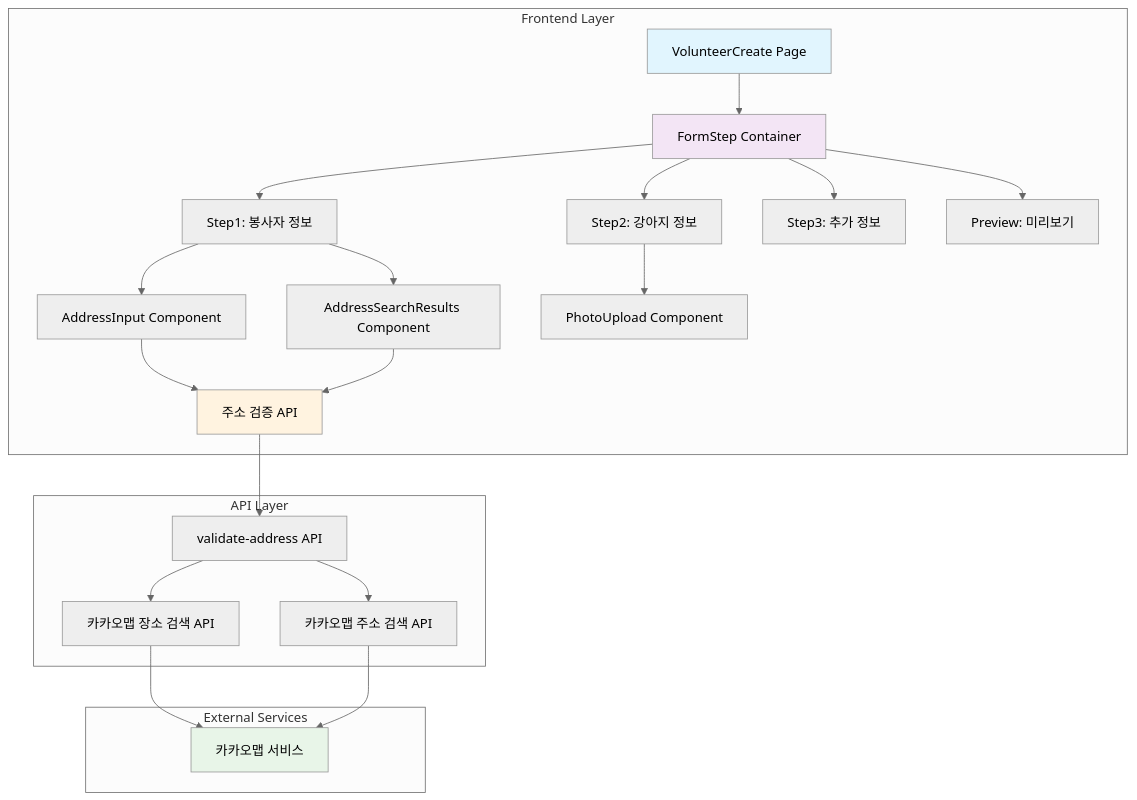
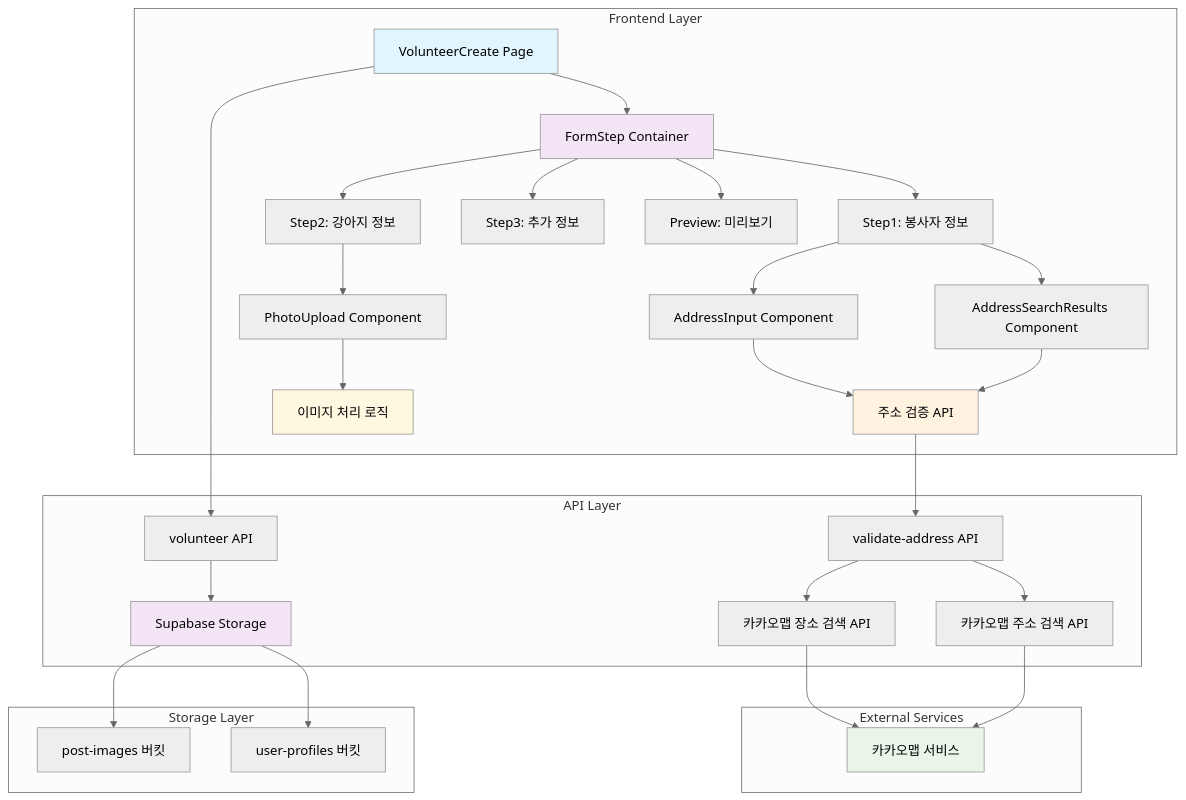
The first of 5 diagrams in docs/worklog/20250908_봉사활동_작성_기능_개발_및_주소_검색_시스템_구현.md (cheesepizza453/move_togaether), drawn with Mermaid (neutral theme) before and after one commit. The commit also changed other lines of this file and 5 other files, not shown here.

Commit message:
봉사자 등록 API 개선 및 이미지 업로드 기능 강화: 환경 변수 검증 추가, 인증 헤더 처리 개선, 이미지 미리보기 및 드래그 앤 드롭 기능 구현. 폼 데이터 상태 관리 및 에러 핸들링 로직 강화로 사용자 경험 향상.

````diff
--- a/docs/worklog/20250908_봉사활동_작성_기능_개발_및_주소_검색_시스템_구현.md
+++ b/docs/worklog/20250908_봉사활동_작성_기능_개발_및_주소_검색_시스템_구현.md
@@ -37,33 +37,44 @@
 ```mermaid
 graph TB
     subgraph "Frontend Layer"
         A[VolunteerCreate Page] --> B[FormStep Container]
         B --> C[Step1: 봉사자 정보]
         B --> D[Step2: 강아지 정보]
         B --> E[Step3: 추가 정보]
         B --> F[Preview: 미리보기]
 
         C --> G[AddressInput Component]
         C --> H[AddressSearchResults Component]
         D --> I[PhotoUpload Component]
 
         G --> J[주소 검증 API]
         H --> J
+        I --> O[이미지 처리 로직]
     end
 
     subgraph "API Layer"
         J --> K[validate-address API]
         K --> L[카카오맵 장소 검색 API]
         K --> M[카카오맵 주소 검색 API]
+
+        A --> P[volunteer API]
+        P --> Q[Supabase Storage]
     end
 
     subgraph "External Services"
         L --> N[카카오맵 서비스]
         M --> N
     end
 
+    subgraph "Storage Layer"
+        Q --> R[post-images 버킷]
+        Q --> S[user-profiles 버킷]
+    end
+
     style A fill:#e1f5fe
     style B fill:#f3e5f5
     style J fill:#fff3e0
     style N fill:#e8f5e8
+    style O fill:#fff8e1
+    style Q fill:#f3e5f5
 ```
````
